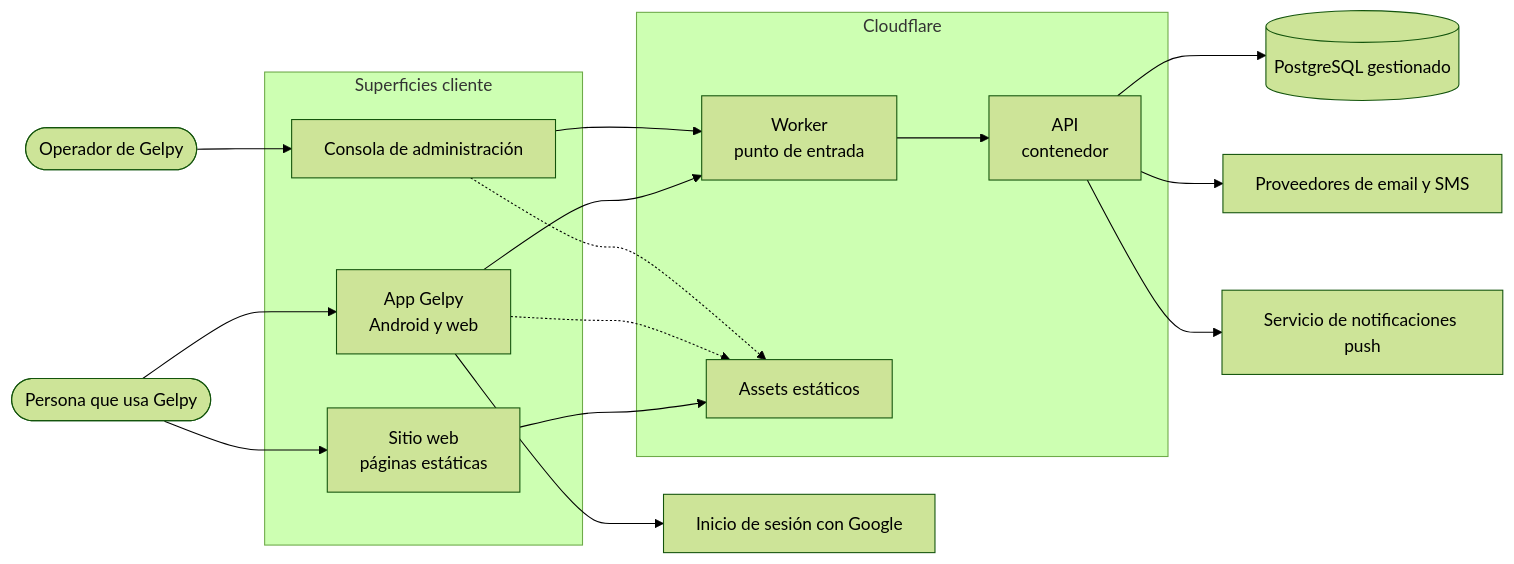
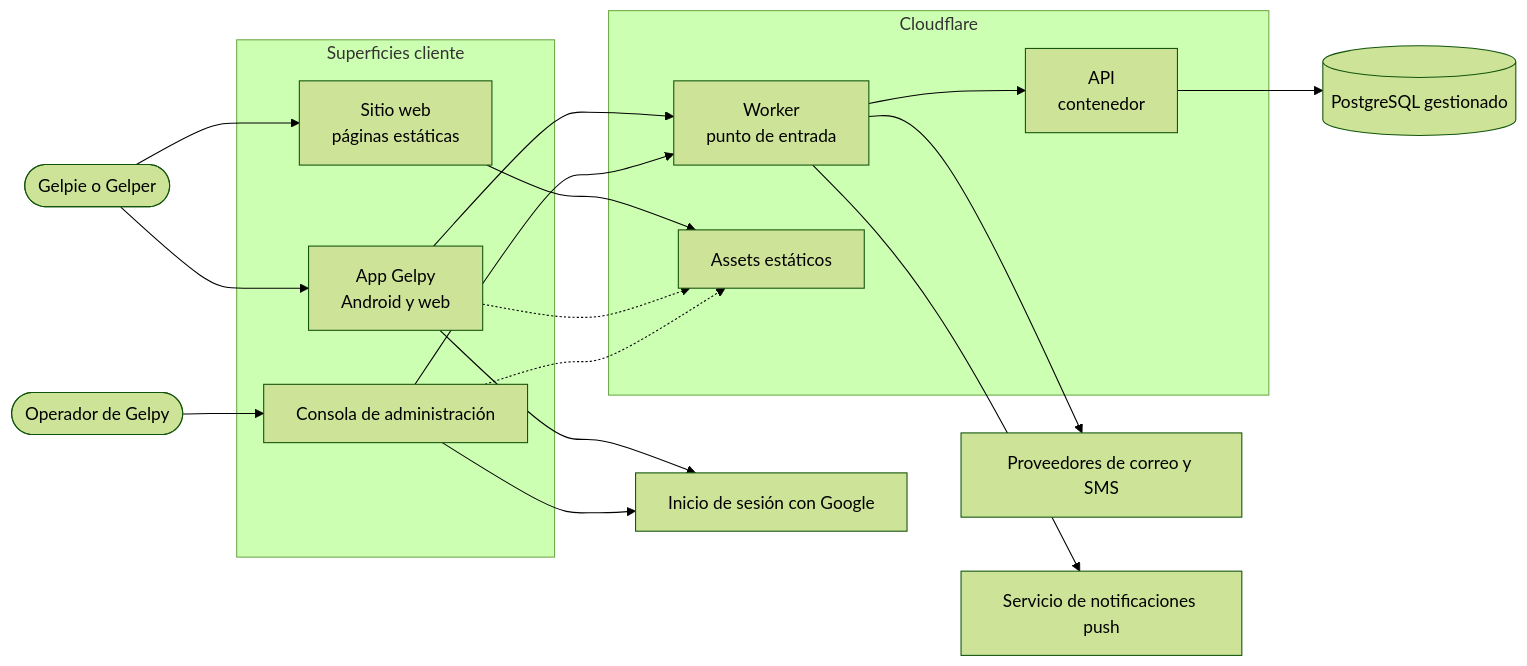
One commit to Gelpy/gelpy changed the first of 3 diagrams in i18n/es/docusaurus-plugin-content-docs/current/architecture/overview.md. Above: the diagram before and after it, drawn with Mermaid (forest theme). The commit also changed other lines of this file and 37 other files, not shown here.

````diff
--- a/i18n/es/docusaurus-plugin-content-docs/current/architecture/overview.md
+++ b/i18n/es/docusaurus-plugin-content-docs/current/architecture/overview.md
@@ -19,36 +28,37 @@
 ```mermaid
 flowchart LR
-  user([Persona que usa Gelpy])
+  user([Gelpie o Gelper])
   admin([Operador de Gelpy])
 
   subgraph clients[Superficies cliente]
     app[App Gelpy<br/>Android y web]
     web[Sitio web<br/>páginas estáticas]
     console[Consola de administración]
   end
 
   subgraph platform[Cloudflare]
     edge[Worker<br/>punto de entrada]
     api[API<br/>contenedor]
     assets[Assets estáticos]
   end
 
   db[(PostgreSQL gestionado)]
   idp[Inicio de sesión con Google]
-  msg[Proveedores de email y SMS]
+  msg[Proveedores de correo y SMS]
   push[Servicio de notificaciones push]
 
   user --> app
   user --> web
   admin --> console
   app --> edge
   console --> edge
   web --> assets
   app -.-> assets
   console -.-> assets
   edge --> api
   api --> db
   app --> idp
-  api --> msg
-  api --> push
+  console --> idp
+  edge --> msg
+  edge --> push
 ```
````
